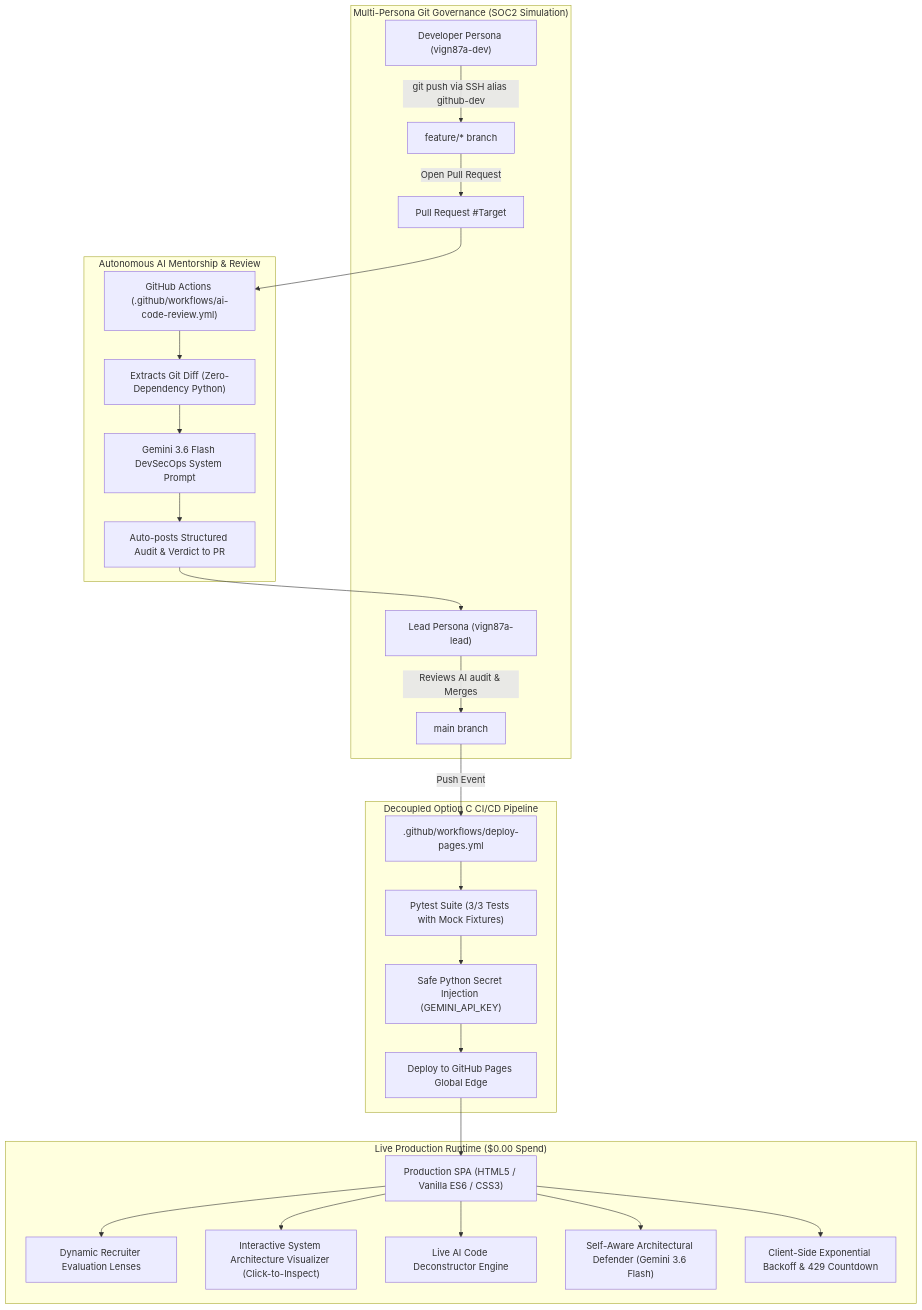
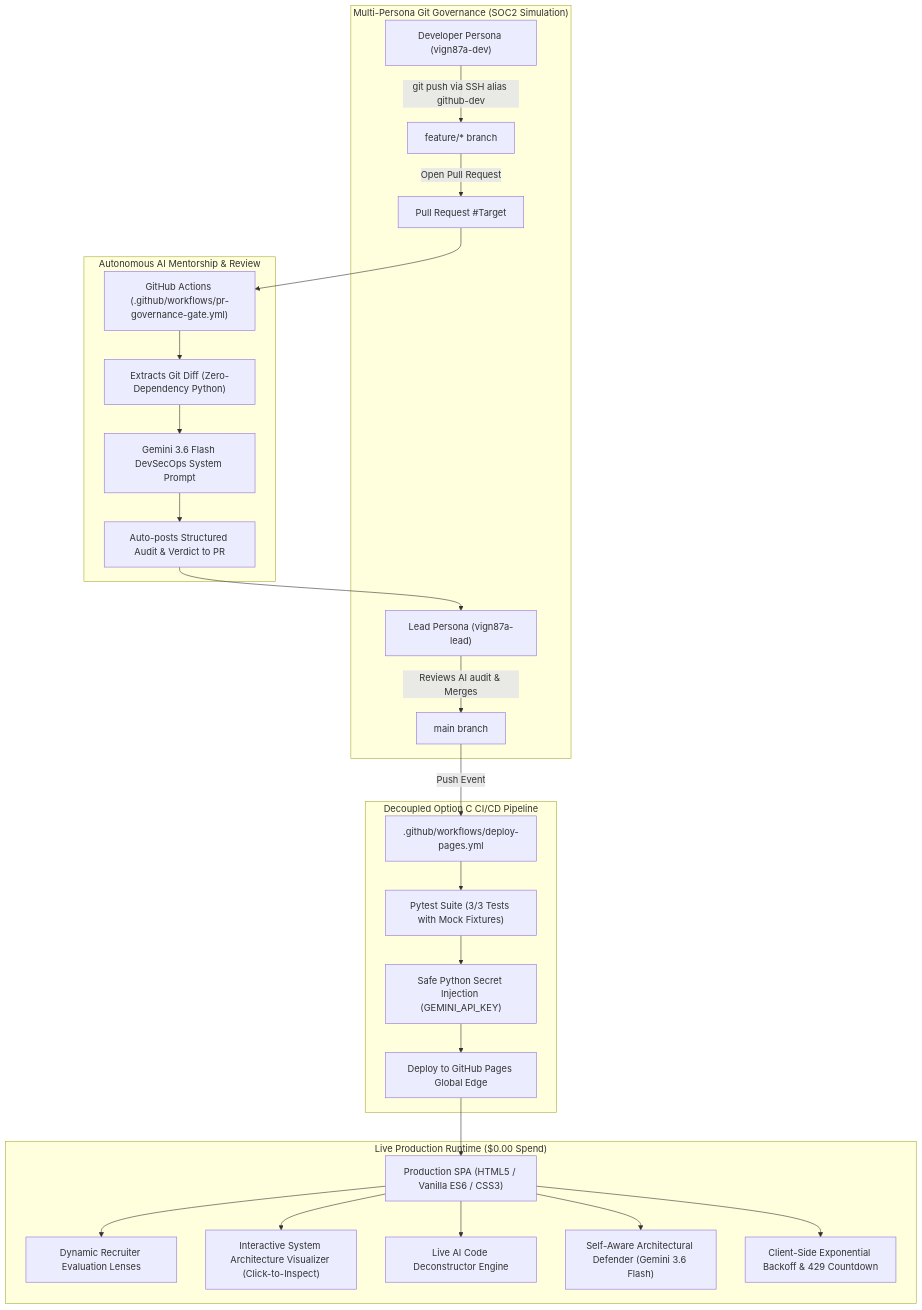
The diagram in README.md (vign87a-git/ai-portfolio-platform), drawn with Mermaid before and after one commit. The commit also changed other lines of this file and 4 other files, not shown here.

Commit message:
ci: Consolidate PR DevSecOps & AI Governance Gate into single workflow

````diff
--- a/README.md
+++ b/README.md
@@ -50,32 +50,32 @@
 ```mermaid
 flowchart TD
     subgraph Governance ["Multi-Persona Git Governance (SOC2 Simulation)"]
         Dev["Developer Persona (vign87a-dev)"] -- "git push via SSH alias github-dev" --> FeatureBranch["feature/* branch"]
         FeatureBranch -- "Open Pull Request" --> PR["Pull Request #Target"]
         Lead["Lead Persona (vign87a-lead)"] -- "Reviews AI audit & Merges" --> Main["main branch"]
     end
 
     subgraph Bot ["Autonomous AI Mentorship & Review"]
-        PR --> ActionBot["GitHub Actions (.github/workflows/ai-code-review.yml)"]
+        PR --> ActionBot["GitHub Actions (.github/workflows/pr-governance-gate.yml)"]
         ActionBot --> DiffEngine["Extracts Git Diff (Zero-Dependency Python)"]
         DiffEngine --> GeminiAudit["Gemini 3.6 Flash DevSecOps System Prompt"]
         GeminiAudit --> PRComment["Auto-posts Structured Audit & Verdict to PR"]
         PRComment --> Lead
     end
 
     subgraph CI_CD ["Decoupled Option C CI/CD Pipeline"]
         Main -- "Push Event" --> ActionPages[".github/workflows/deploy-pages.yml"]
         ActionPages --> PytestGate["Pytest Suite (3/3 Tests with Mock Fixtures)"]
         PytestGate --> SecretInject["Safe Python Secret Injection (GEMINI_API_KEY)"]
         SecretInject --> PagesDeploy["Deploy to GitHub Pages Global Edge"]
     end
 
     subgraph Production ["Live Production Runtime ($0.00 Spend)"]
         PagesDeploy --> LiveSPA["Production SPA (HTML5 / Vanilla ES6 / CSS3)"]
         LiveSPA --> RecruiterLens["Dynamic Recruiter Evaluation Lenses"]
         LiveSPA --> Visualizer["Interactive System Architecture Visualizer (Click-to-Inspect)"]
         LiveSPA --> Deconstructor["Live AI Code Deconstructor Engine"]
         LiveSPA --> SelfAware["Self-Aware Architectural Defender (Gemini 3.6 Flash)"]
         LiveSPA --> Backoff["Client-Side Exponential Backoff & 429 Countdown"]
     end
 ```
````
